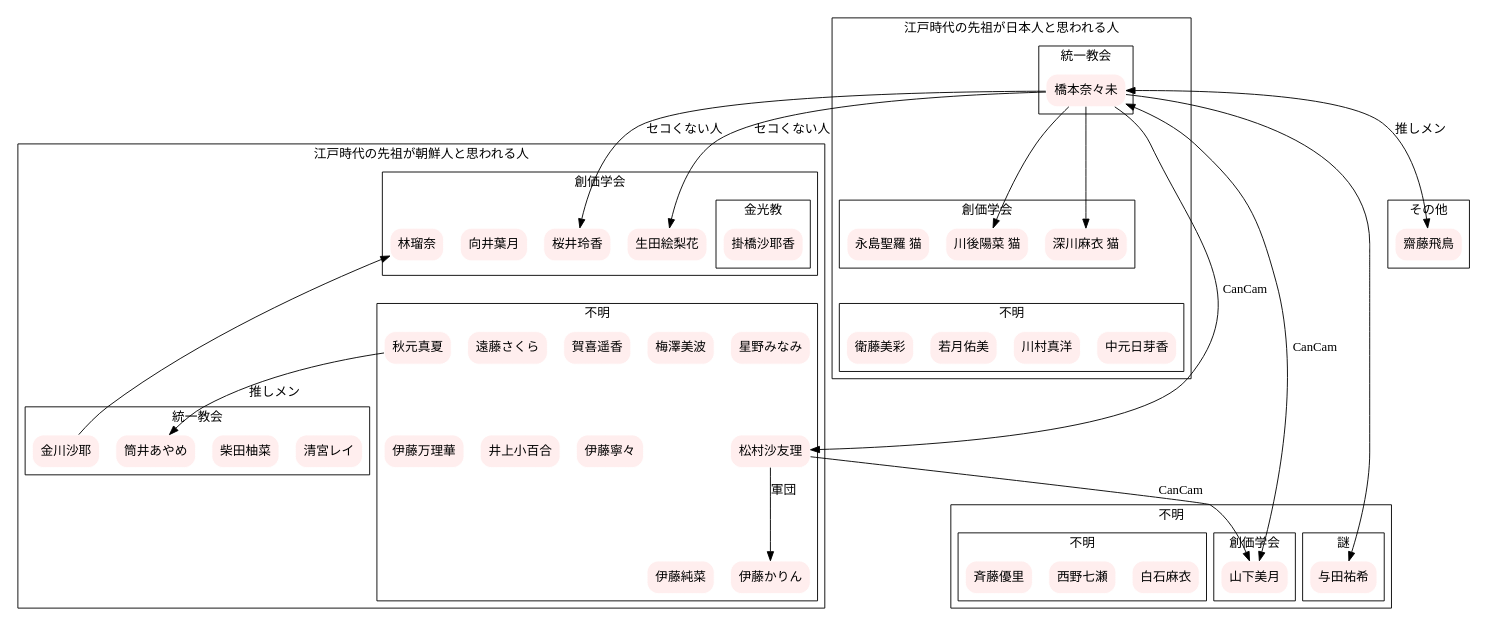
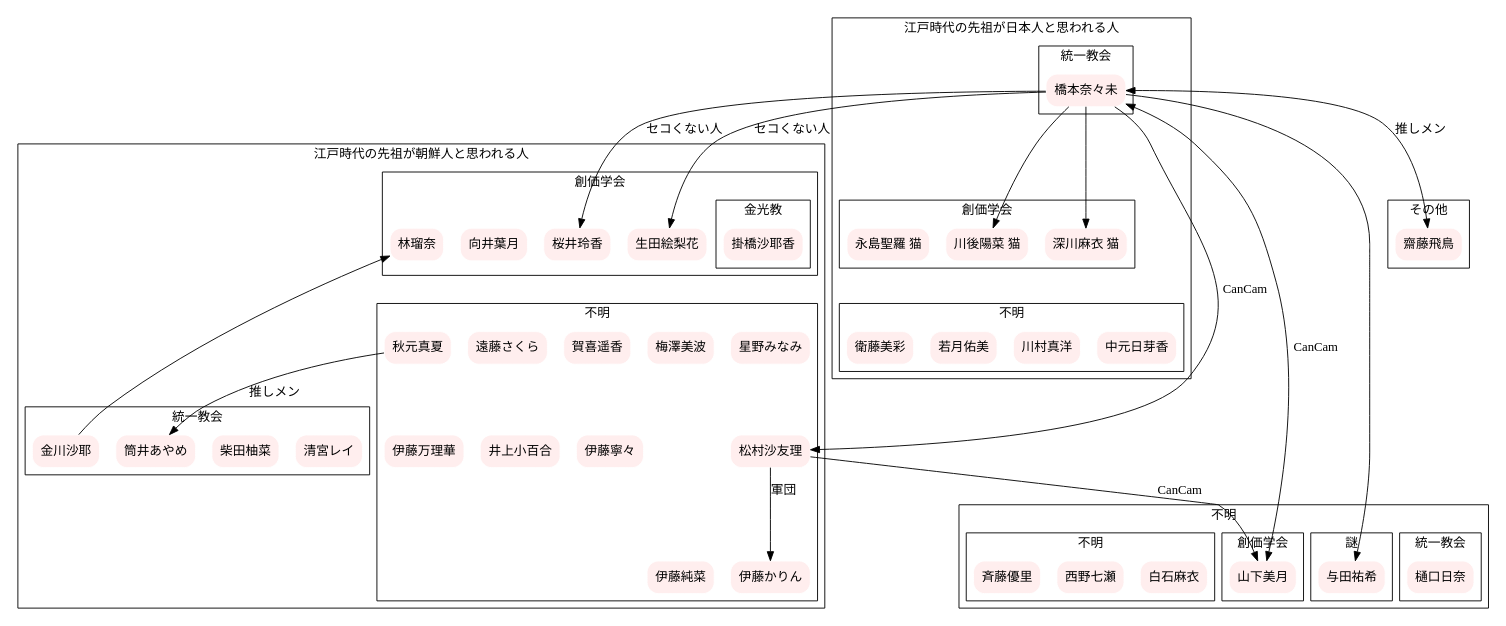
Before and after one commit to TakayukiYano/TakayukiYano.github.io: the diagram in memo/relation46.dot, drawn with Graphviz. The commit also changed 1 other file, not shown here.

```diff
--- a/memo/relation46.dot
+++ b/memo/relation46.dot
@@ -1,132 +1,133 @@
 digraph graph_name {
   graph [
     charset = "UTF-8";
   ];
 
   node[
     shape = box 
     style = "rounded,filled"
     color = "#FFFFFF",
     fillcolor = "#FFEEEE",
   ]mukai;  
 
   subgraph cluster_korea {
     label="江戸時代の先祖が朝鮮人と思われる人";
     fillcolor="#EEEEFF";
     subgraph cluster_ks {
       label="創価学会";
       reika[label="桜井玲香"]
       erika[label="生田絵梨花"]
       hayashi[label="林瑠奈"]
       mukai[label="向井葉月"];
       subgraph cluster_kk {
         label="金光教";
         kakehashi[label="掛橋沙耶香"]
       };
     };
 
   
     subgraph cluster_kc {
       label="統一教会";
       seimiya[label="清宮レイ"]
       yuna[label="柴田柚菜"]
       ayame[label="筒井あやめ"]
       kinkawa[label="金川沙耶"]
     };
 
     subgraph cluster_ku {
       label="不明";
       ringo[label="松村沙友理"]
       manatu[label="秋元真夏"]
       umemayo[label="梅澤美波"];
       haruchan[label="賀喜遥香"];
       sakura[label="遠藤さくら"]
       minami[label="星野みなみ"]
       sayu[label="井上小百合"]
       marika[label="伊藤万理華"]
       nene[label="伊藤寧々"]
       junna[label="伊藤純菜"]
       karin[label="伊藤かりん"]
       minami->ringo[style=invis]
       ringo -> junna[style=invis]
       ringo -> karin[label="軍団"]
     }
 
     hayashi -> kinkawa[dir=back]
 
     manatu -> ayame[label="推しメン"]
     manatu ->marika[style=invis]
     manatu ->sayu[style=invis]
     manatu -> nene[style=invis]
   }
 
   subgraph cluster_japan {
     label="江戸時代の先祖が日本人と思われる人";
     subgraph cluster_jc {
       label="統一教会";
       hashimoto[label="橋本奈々未"]
     }
 
     subgraph cluster_js {
       label = "創価学会";
       hinapyon[label="川後陽菜 猫"]
       fukagawa[label="深川麻衣 猫"]
       rarin[label="永島聖羅 猫"]
     }
 
     subgraph  cluster_ju {
       label="不明"
       himetan[label="中元日芽香"]
       rotty[label="川村真洋"]
       waka[label="若月佑美"]
       misa[label="衛藤美彩"]
     }
     rarin -> misa [style=invis]
   }
 
   subgraph cluster_unk {
     label="不明";
     subgraph cluster_uc {
       label="統一教会"
+      chima[label="樋口日奈"]
     }
     subgraph cluster_us {
       label="創価学会"
       miduki[label="山下美月"];
     }
 
     subgraph cluster_uu {
       label="謎"
       yoda[label="与田祐希"]
     }
 
     subgraph cluster_uuu {
       label="不明"
       maiyan[label="白石麻衣"]
       nanase[label="西野七瀬"]
       yuuri[label="斉藤優里"]
     }
   }
 
   subgraph cluster_special {
     label="その他"
     asunyan[label="齋藤飛鳥"]
   }
 
   mukai->hashimoto[style=invis]
   hashimoto->kakehashi[style=invis]
   mukai -> himetan[style=invis]
   hashimoto -> himetan[style=invis]
   kakehashi -> sakura[style=invis]
   sakura -> hinapyon[style=invis]
   hashimoto -> miduki[dir=both, label="CanCam"]
   hashimoto -> asunyan[dir=both,label="推しメン"]
   hashimoto -> fukagawa
   hashimoto -> hinapyon
   hashimoto -> yoda
   hashimoto -> reika[label="セコくない人"]
   hashimoto -> erika[label="セコくない人"]
   hashimoto -> ringo[label="CanCam"]
   ringo -> miduki[label="CanCam"]
 
   hinapyon -> miduki[style=invis]
 }
```
